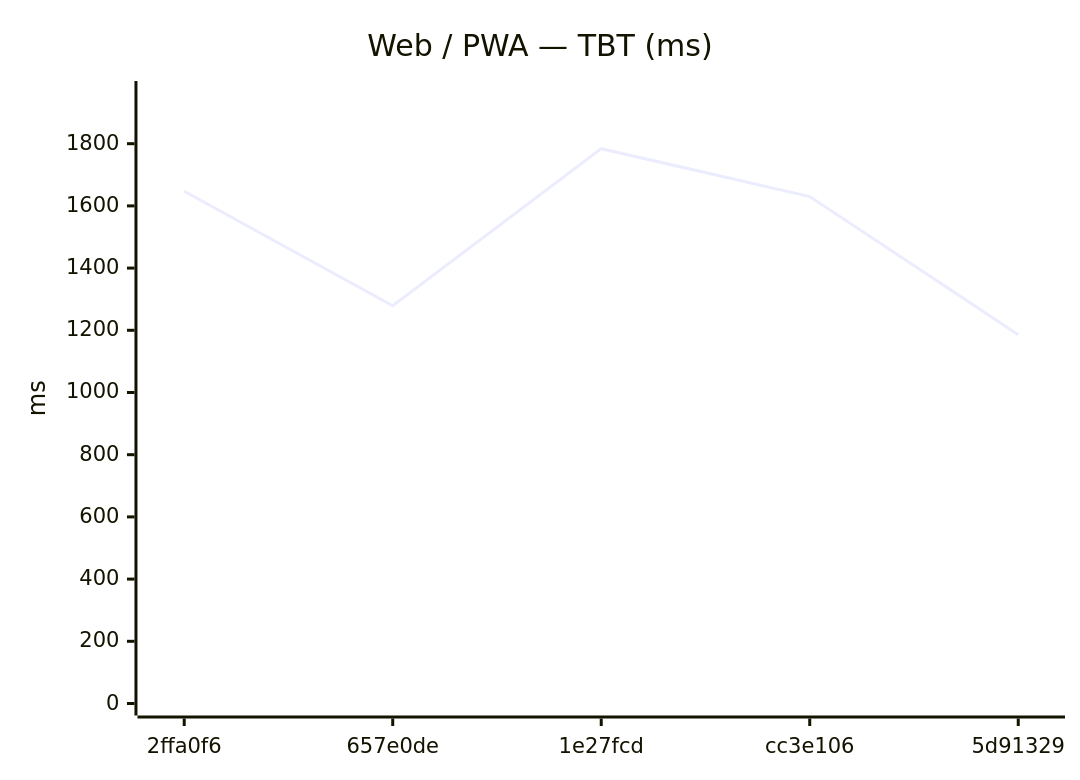
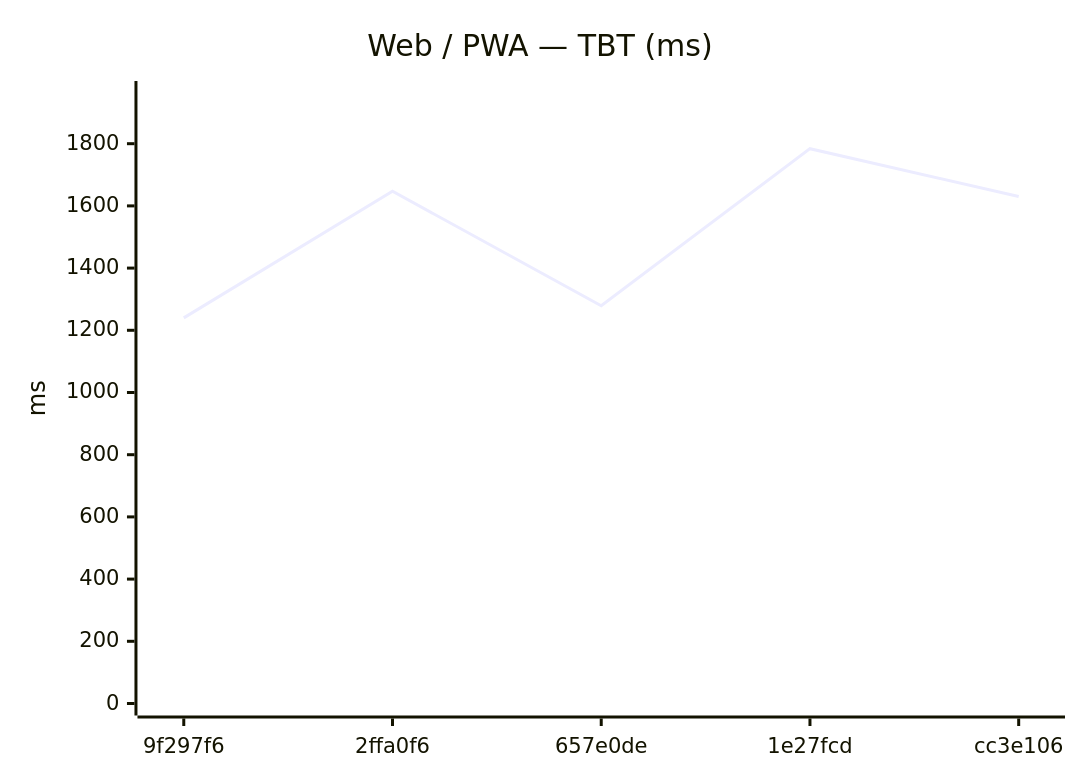
The eighth of 18 diagrams in benchmarks/compare.md (Metaheurist/Rianell), drawn with Mermaid before and after one commit. The commit also changed other lines of this file and 11 other files, not shown here.

````diff
--- a/benchmarks/compare.md
+++ b/benchmarks/compare.md
@@ -124,7 +124,7 @@
 ```mermaid
 xychart-beta
     title "Web / PWA — TBT (ms)"
-    x-axis ["2ffa0f6", "657e0de", "1e27fcd", "cc3e106", "5d91329"]
+    x-axis ["9f297f6", "2ffa0f6", "657e0de", "1e27fcd", "cc3e106"]
     y-axis "ms" 0 --> 1963
-    line [1647, 1279, 1784, 1630, 1186]
+    line [1240, 1647, 1279, 1784, 1630]
 ```
````
